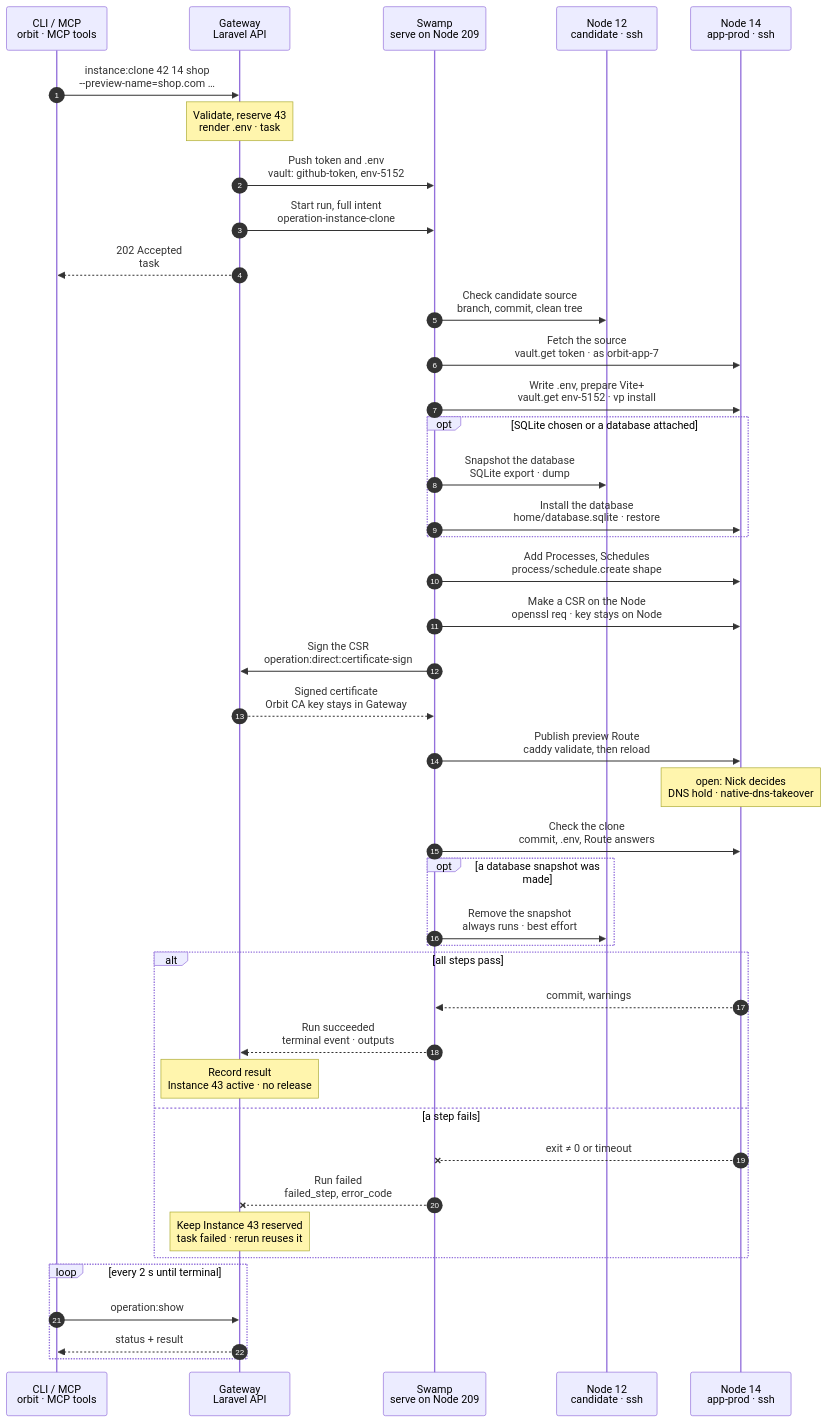
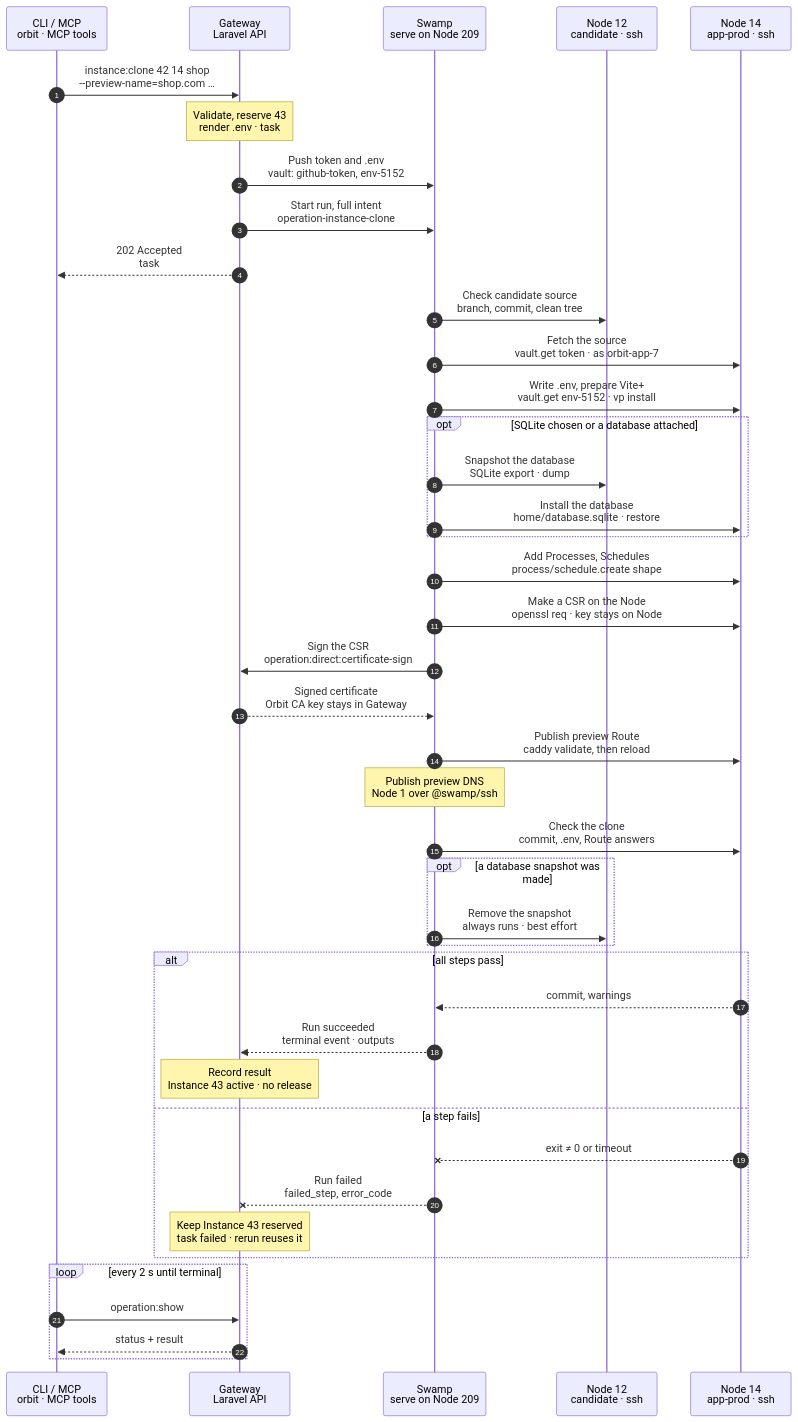
The diagram in docs/flows/instance.clone.mmd (hardimpactdev/orbit), drawn with Mermaid before and after one commit.

Commit message:
docs(flows): instance.clone

```diff
--- a/docs/flows/instance.clone.mmd
+++ b/docs/flows/instance.clone.mmd
@@ -1,163 +1,166 @@
 sequenceDiagram
-  %% Target design: ADR 0244 task + full intent as inputs, R1-R4, single-swamp-node; DECISIONS 1 (token at admission, vault.get; signing is the one step→Gateway call), 2 (DNS held), scope (Process/Schedule definitions, same-Node preview Route); database.clone merged in as a step; .env through the vault as in instance.create. docs/reference/instance-cloning.md.
+  %% Target design: ADR 0244 task + full intent as inputs, R1-R4, single-swamp-node; DECISIONS 1 (token at admission, vault.get; signing is the one step→Gateway call), scope (Process/Schedule definitions, same-Node preview Route); database.clone merged in as a step; .env through the vault as in instance.create. docs/reference/instance-cloning.md.
   %% status: draft
   %% command: instance:clone
   autonumber
   %% lane CLI icon=terminal pill=caller tone=gray
   %% lane GW icon=gateway pill=intent tone=blue
   %% lane SW icon=workflow pill=executes tone=green
   %% lane C icon=server pill=target tone=purple
   %% lane N icon=server pill=target tone=amber
   participant CLI as CLI / MCP<br/>orbit · MCP tools
   participant GW as Gateway<br/>Laravel API
   participant SW as Swamp<br/>serve on Node 209
   participant C as Node 12<br/>candidate · ssh
   participant N as Node 14<br/>app-prod · ssh
   CLI->>GW: instance:clone 42 14 shop<br/>--preview-name=shop.com …
   %%> Command:
   %%> - `orbit instance:clone 42 14 shop --preview-name=shop.com --sqlite-source-path=/srv/orbit/apps/acme/default/database/database.sqlite`
   %%> - syntax: `<candidate> <node> <name> --preview-name=NAME [--branch=BRANCH] [--sqlite-source-path=PATH] [--idempotency-key=KEY]`
   %%> What it does:
   %%> - clones development Instance 42 on Node 12 into a new production Instance `shop` on Node 14
   %%> Options:
   %%> - `--preview-name`: combined with Node 14's TLD, such as `shop.com.prod.orbit`
   %%> - `--branch`: another branch; the default is the candidate's branch
   %%> - `--sqlite-source-path`: seed the production SQLite file from this file on the candidate
   Note over GW: Validate, reserve 43<br/>render .env · task #5152
   %%> Requirements:
   %%> - your Node has access grants to Node 12 and Node 14
   %%> - Node 14 is active, has the `app-prod` role and a TLD
   %%> - Instance 42 is active with a recorded source; the branch exists in the repository
   %%> - Project 7 has no production Instance on Node 14 yet, and the preview domain is free
   %%> Plans:
   %%> - the account `orbit-app-7` and its home `/home/orbit-app-7`
   %%> - the Project's production Process and Schedule definitions
   %%> - the preview Route, and a database clone for each attached database or the chosen SQLite file
   %%> Renders .env:
   %%> - from the stored values of Instance 42, without `DB_*` and WebSocket credentials
   %%> - with the new database keys, such as `DB_DATABASE=/home/orbit-app-7/database.sqlite`
   %%> Result:
   %%> - Instance 43 reserved; task #5152 recorded with the full intent
   GW->>SW: Push token and .env<br/>vault: github-token, env-5152
   %%> Why:
   %%> - the repository is private, and only the Gateway holds the GitHub App key
   %%> - `.env` and database passwords travel only through the vault
   %%> What it does:
   %%> - mints a read token for this one repository, valid 1 hour
   %%> - pushes the token, the rendered `.env` and any new database password into Swamp's vault
   GW->>SW: Start run, full intent<br/>operation-instance-clone
   %%> What it does:
   %%> - starts one run on Swamp serve (Node 209); every step runs there
   %%> Inputs:
   %%> - both Nodes' addresses and SSH host keys; the SSH identity comes from the `swamp` role
   %%> - the full intent; secrets only as vault key names
   GW-->>CLI: 202 Accepted<br/>task #5152
   %%> What you get:
   %%> - the task number, at once
   %%> Next:
   %%> - the CLI follows the task with `operation:show`
   SW->>C: Check candidate source<br/>branch, commit, clean tree
   %%> How:
   %%> - Swamp reaches Node 12 over `@swamp/ssh` from 209, read-only
   %%> What it does:
   %%> - checks the repository, branch and commit, a clean working tree and no submodules
   %%> - refuses an origin that contains credentials
   %%> Not included:
   %%> - copies no working files, dependencies or logs; the candidate keeps running
   SW->>N: Fetch the source<br/>vault.get token · as orbit-app-7
   %%> What it does:
   %%> - creates the account `orbit-app-7` and its home on Node 14
   %%> - fetches the committed source into the home's release layout and checks out the commit
   %%> - leaves `current` absent until the first deploy
   SW->>N: Write .env, prepare Vite+<br/>vault.get env-5152 · vp install
   %%> What it does:
   %%> - writes the rendered `.env` from the vault, mode `0640`
   %%> - installs and checks the pinned Vite+ runtime; a Project without one skips this
   opt SQLite chosen or a database attached
     SW->>C: Snapshot the database<br/>SQLite export · dump
     %%> What it does:
     %%> - SQLite: makes a consistent copy of the chosen file on Node 12
     %%> - MySQL or PostgreSQL: dumps the candidate's database on its Database server
     %%> Why here:
     %%> - this was the kind `database.clone`; it is now a step of the clone
     SW->>N: Install the database<br/>home/database.sqlite · restore
     %%> What it does:
     %%> - SQLite: installs the copy as `/home/orbit-app-7/database.sqlite`
     %%> - MySQL or PostgreSQL: restores the dump into the new database and user on the Database server
   end
   SW->>N: Add Processes, Schedules<br/>process/schedule.create shape
   %%> What it does:
   %%> - installs the Project's production Process definitions, enabled but not started; the first deploy starts them
   %%> - installs the per-minute Laravel scheduler as a timer on Node 14
   %%> Other Schedules:
   %%> - become native Swamp schedules; the Gateway publishes them after success
   SW->>N: Make a CSR on the Node<br/>openssl req · key stays on Node
   %%> What it does:
   %%> - makes a key and a certificate request for `shop.com.prod.orbit` on Node 14
   SW->>GW: Sign the CSR<br/>operation:direct:certificate-sign
   %%> Why:
   %%> - the one allowed step→Gateway call; the Orbit CA key stays in the Gateway
   GW-->>SW: Signed certificate<br/>Orbit CA key stays in Gateway
   %%> Returns:
   %%> - the certificate for the preview domain
   SW->>N: Publish preview Route<br/>caddy validate, then reload
   %%> What it does:
   %%> - installs the certificate and adds the Caddy site for `shop.com.prod.orbit` on Node 14
   %%> - same-Node work: Caddy on Node 14 serves the Instance home
   %%> - reloads Caddy; other sites keep serving
-  Note over N: open: Nick decides<br/>DNS hold · native-dns-takeover
-  %%> DNS:
-  %%> - private DNS publication for the preview domain is held
-  %%> - Nick decides whether Route kinds publish DNS
+  Note over SW: Publish preview DNS<br/>Node 1 over @swamp/ssh
+  %%> What it does:
+  %%> - adds `shop.com.prod.orbit` to private DNS, pointing at Node 14
+  %%> Order:
+  %%> - after the site serves, so the name only resolves when it works
+  %%> How:
+  %%> - over SSH from 209 to the VPN Node (Node 1), with the `swamp` role's key
   SW->>N: Check the clone<br/>commit, .env, Route answers
   %%> What it does:
   %%> - checks the checked-out commit and the `.env` file
   %%> - probes the preview site over TLS
   opt a database snapshot was made
     SW->>C: Remove the snapshot<br/>always runs · best effort
     %%> What it does:
     %%> - removes the snapshot and transfer files on Node 12, 209 and Node 14
     %%> When:
     %%> - after success and after failure
     %%> Failure:
     %%> - a failed cleanup is a warning; the leftover is harmless
   end
   alt all steps pass
     N-->>SW: commit, warnings
     %%> Returns:
     %%> - the checked-out commit
     %%> - key-only warnings, such as development service references in `.env`
     SW-->>GW: Run succeeded<br/>terminal event · outputs
     %%> How the Gateway learns it:
     %%> - its shared run reader sees the terminal event; Swamp never calls the Gateway
     Note over GW: Record result<br/>Instance 43 active · no release
     %%> Result:
     %%> - Instance 43 active, with its preview Route, Processes and Schedules
     %%> - the database connection is registered and attached under `DB`
     %%> - task #5152 succeeds
     %%> Next:
     %%> - review the warnings with `env:update`, add deploy steps, then `instance:deploy 43`
   else a step fails
     N--xSW: exit ≠ 0 or timeout
     %%> When:
     %%> - a check, fetch, restore or Caddy step fails, or SSH fails
     SW--xGW: Run failed<br/>failed_step, error_code
     %%> The Gateway reads:
     %%> - which step failed and its error code
     Note over GW: Keep Instance 43 reserved<br/>task failed · rerun reuses it
     %%> Result:
     %%> - Instance 43 stays reserved and shows the error; task #5152 fails
     %%> On the Node:
     %%> - what Node 14 got stays; the candidate is unchanged
     %%> Retry:
     %%> - the same request reuses Instance 43 and repeats only what is missing
     %%> - a changed input returns `instance.clone_retry_conflict`
   end
   loop every 2 s until terminal
     CLI->>GW: operation:show #5152
     %%> What it does:
     %%> - asks for the task's status until it has ended
     GW-->>CLI: status + result
     %%> Returns:
     %%> - the current status, and the result once the task has ended
   end
```
